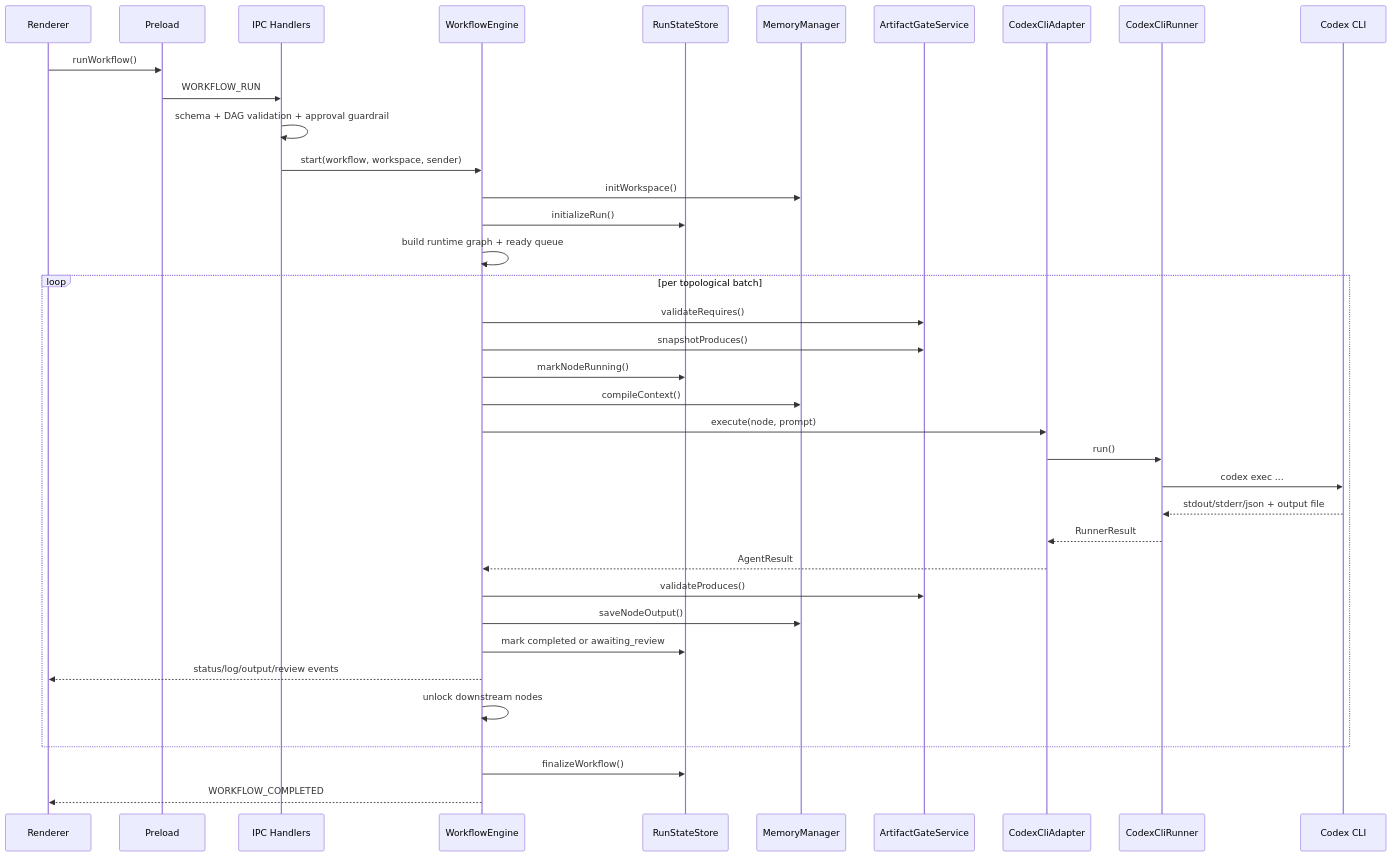
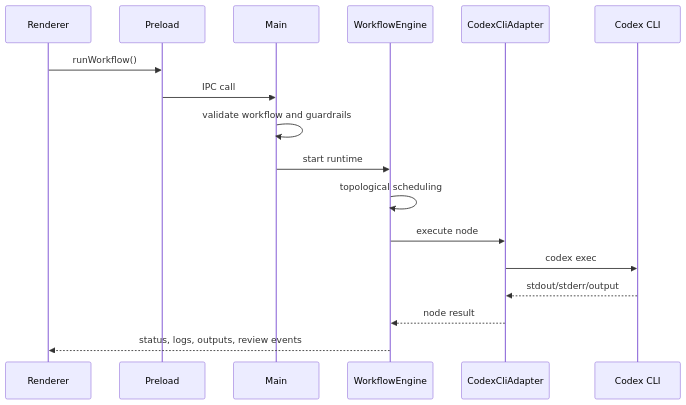
Before and after one commit to KienNT792/Fluxion: the second of 2 diagrams in ARCHITECTURE.md, drawn with Mermaid. The commit also changed other lines of this file and 12 other files, not shown here.

````diff
--- a/ARCHITECTURE.md
+++ b/ARCHITECTURE.md
@@ -428,40 +95,20 @@
 ```mermaid
 sequenceDiagram
   participant R as Renderer
   participant P as Preload
-  participant H as IPC Handlers
+  participant M as Main
   participant E as WorkflowEngine
-  participant RS as RunStateStore
-  participant MM as MemoryManager
-  participant AG as ArtifactGateService
   participant A as CodexCliAdapter
-  participant CR as CodexCliRunner
   participant C as Codex CLI
 
   R->>P: runWorkflow()
-  P->>H: WORKFLOW_RUN
-  H->>H: schema + DAG validation + approval guardrail
-  H->>E: start(workflow, workspace, sender)
-  E->>MM: initWorkspace()
-  E->>RS: initializeRun()
-  E->>E: build runtime graph + ready queue
-  loop per topological batch
-    E->>AG: validateRequires()
-    E->>AG: snapshotProduces()
-    E->>RS: markNodeRunning()
-    E->>MM: compileContext()
-    E->>A: execute(node, prompt)
-    A->>CR: run()
-    CR->>C: codex exec ...
-    C-->>CR: stdout/stderr/json + output file
-    CR-->>A: RunnerResult
-    A-->>E: AgentResult
-    E->>AG: validateProduces()
-    E->>MM: saveNodeOutput()
-    E->>RS: mark completed or awaiting_review
-    E-->>R: status/log/output/review events
-    E->>E: unlock downstream nodes
-  end
-  E->>RS: finalizeWorkflow()
-  E-->>R: WORKFLOW_COMPLETED
+  P->>M: IPC call
+  M->>M: validate workflow and guardrails
+  M->>E: start runtime
+  E->>E: topological scheduling
+  E->>A: execute node
+  A->>C: codex exec
+  C-->>A: stdout/stderr/output
+  A-->>E: node result
+  E-->>R: status, logs, outputs, review events
 ```
````
